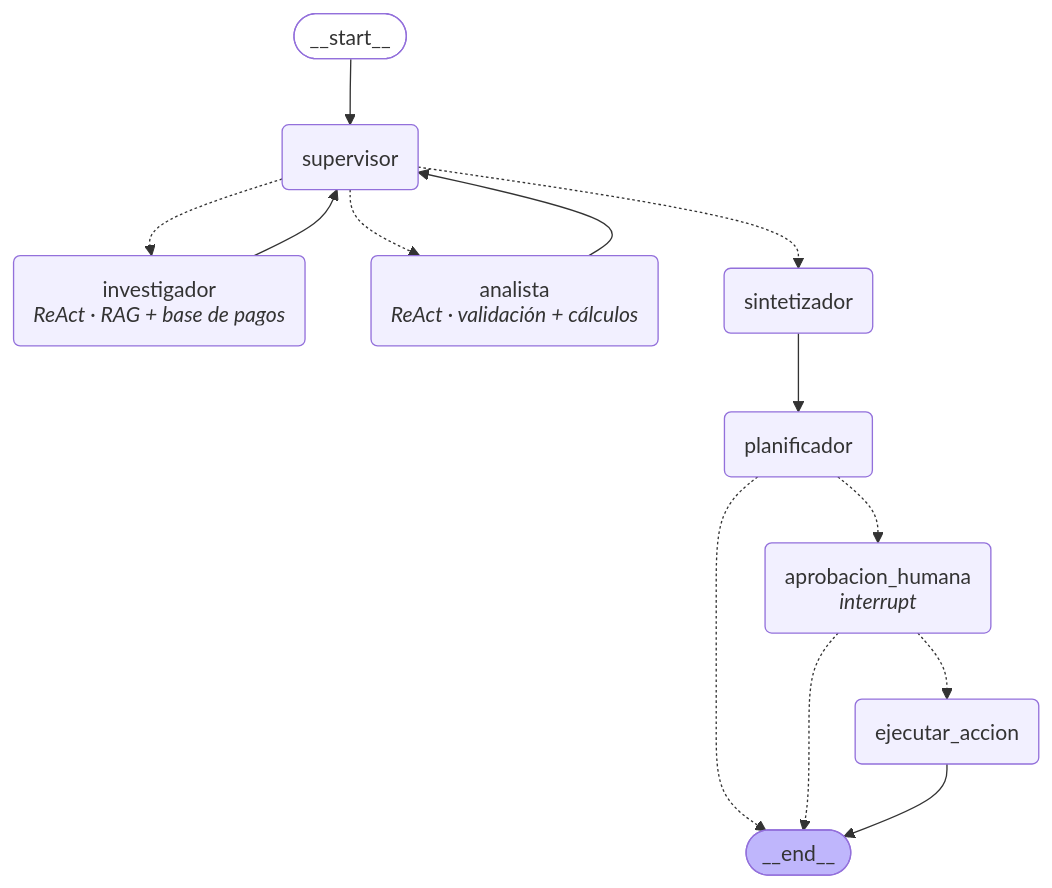
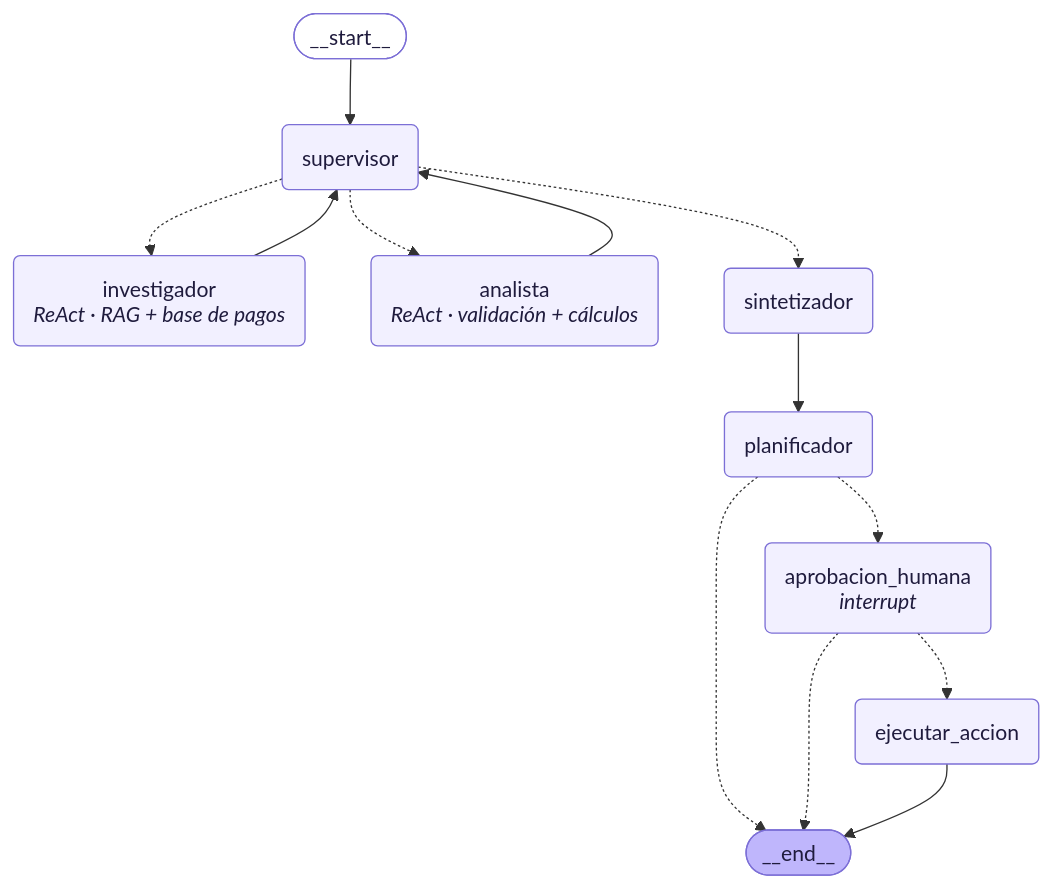
One commit to PedroFassanelli/AI-Engineering-Final changed the third of 3 diagrams in README.md. Above: the diagram before and after it, drawn with Mermaid.

Commit message:
README: contraste del diagrama del grafo en modo oscuro

````diff
--- a/README.md
+++ b/README.md
@@ -124,27 +124,27 @@
 ```mermaid
 graph TD;
 	__start__([__start__]):::first
 	supervisor(supervisor)
 	investigador(investigador<br/><i>ReAct · RAG + base de pagos</i>)
 	analista(analista<br/><i>ReAct · validación + cálculos</i>)
 	sintetizador(sintetizador)
 	planificador(planificador)
 	aprobacion_humana(aprobacion_humana<br/><i>interrupt</i>)
 	ejecutar_accion(ejecutar_accion)
 	__end__([__end__]):::last
 	__start__ --> supervisor;
 	analista --> supervisor;
 	investigador --> supervisor;
 	supervisor -.-> analista;
 	supervisor -.-> investigador;
 	supervisor -.-> sintetizador;
 	sintetizador --> planificador;
 	planificador -.-> __end__;
 	planificador -.-> aprobacion_humana;
 	aprobacion_humana -.-> ejecutar_accion;
 	aprobacion_humana -.-> __end__;
 	ejecutar_accion --> __end__;
-	classDef default fill:#f2f0ff,line-height:1.2
+	classDef default fill:#f2f0ff,color:#1f1b3d,stroke:#7c6fd6,line-height:1.2
 	classDef first fill-opacity:0
-	classDef last fill:#bfb6fc
+	classDef last fill:#bfb6fc,color:#1f1b3d
 ```
````
